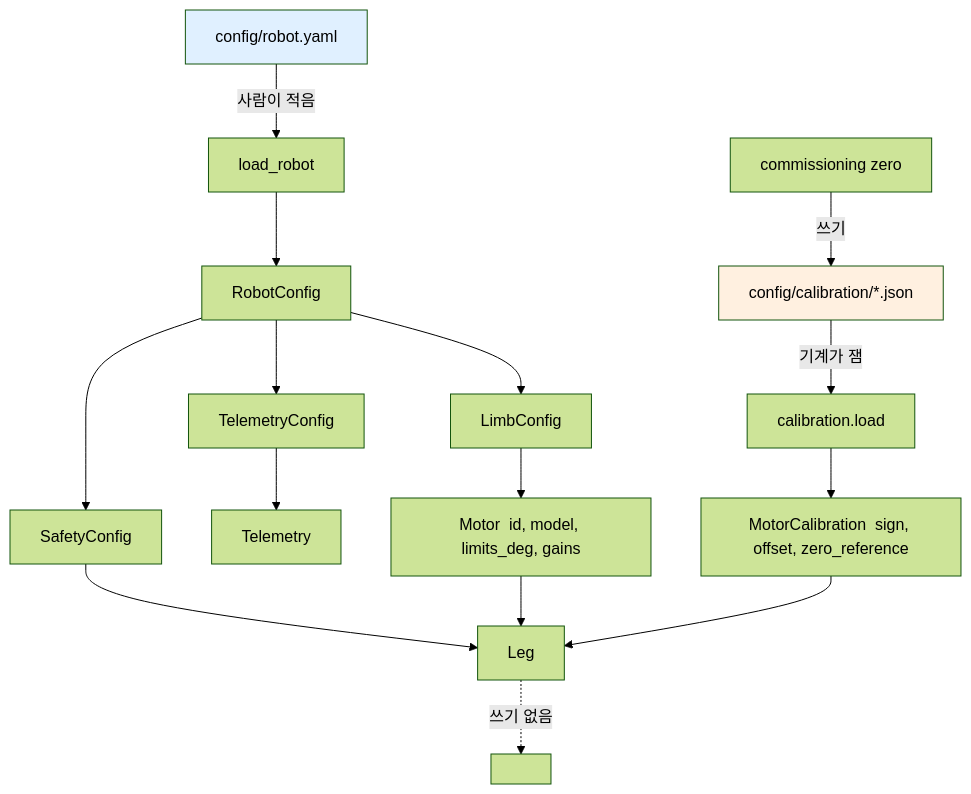
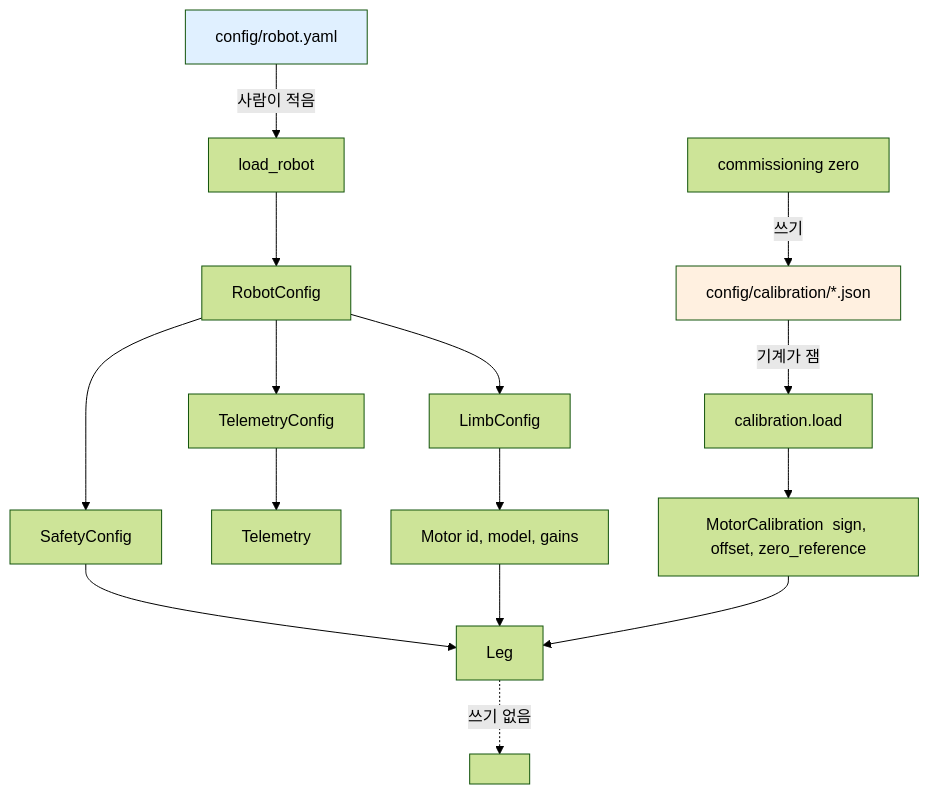
One commit to chanhue/HUPHY changed the seventh of 9 diagrams in docs/flow_diagrams.md. Above: the diagram before and after it, drawn with Mermaid (forest theme). The commit also changed other lines of this file and 21 other files, not shown here.

````diff
--- a/docs/flow_diagrams.md
+++ b/docs/flow_diagrams.md
@@ -251,24 +251,24 @@
 ```mermaid
 graph TD
     Y[config/robot.yaml] -->|사람이 적음| L[load_robot]
     J[config/calibration/*.json] -->|기계가 잼| CL[calibration.load]
 
     L --> RC[RobotConfig]
     RC --> S[SafetyConfig]
     RC --> T[TelemetryConfig]
     RC --> LC[LimbConfig]
-    LC --> MO["Motor  id, model, limits_deg, gains"]
+    LC --> MO["Motor  id, model, gains"]
 
     CL --> MC["MotorCalibration  sign, offset, zero_reference"]
 
     MO --> LEG[Leg]
     MC --> LEG
     S --> LEG
     T --> TEL[Telemetry]
 
     LEG -.->|쓰기 없음| X1[ ]
     CM[commissioning zero] -->|쓰기| J
 
     style Y fill:#e0f0ff
     style J fill:#fff0e0
 ```
````
